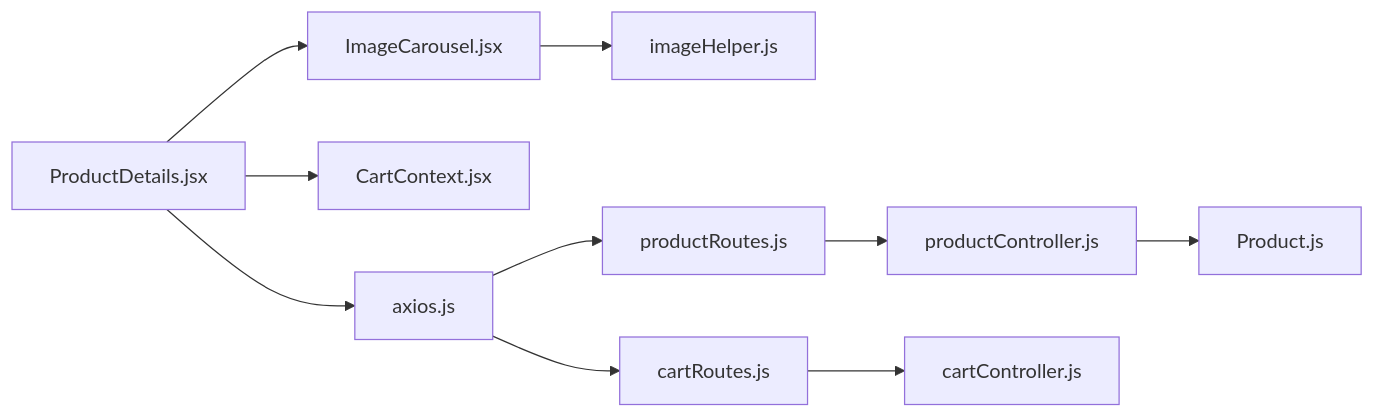
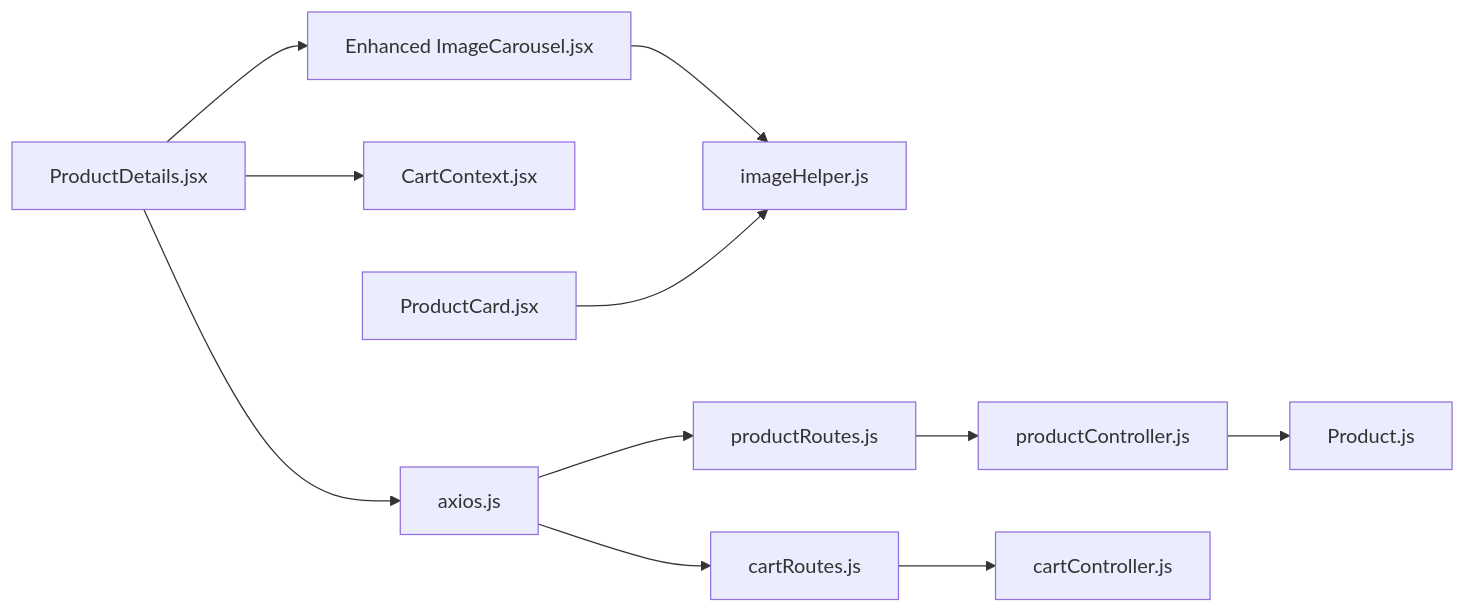
One commit to Pavan-PSPK9032/TrendsandToss changed the fifth of 5 diagrams in .qoder/repowiki/en/content/Shopping Experience/Product Details & Selection.md. Above: the diagram before and after it, drawn with Mermaid. The commit also changed other lines of this file and 16 other files, not shown here.

````diff
--- a/.qoder/repowiki/en/content/Shopping Experience/Product Details & Selection.md
+++ b/.qoder/repowiki/en/content/Shopping Experience/Product Details & Selection.md
@@ -348,12 +391,13 @@
 ```mermaid
 graph LR
 PD["ProductDetails.jsx"] --> AX["axios.js"]
 PD --> CTX["CartContext.jsx"]
-PD --> IC["ImageCarousel.jsx"]
+PD --> IC["Enhanced ImageCarousel.jsx"]
 IC --> IMGU["imageHelper.js"]
+PS["ProductCard.jsx"] --> IMGU
 AX --> PRR["productRoutes.js"]
 AX --> CRR["cartRoutes.js"]
 PRR --> PRCTRL["productController.js"]
 CRR --> CRTCTRL["cartController.js"]
 PRCTRL --> PM["Product.js"]
 ```
````
